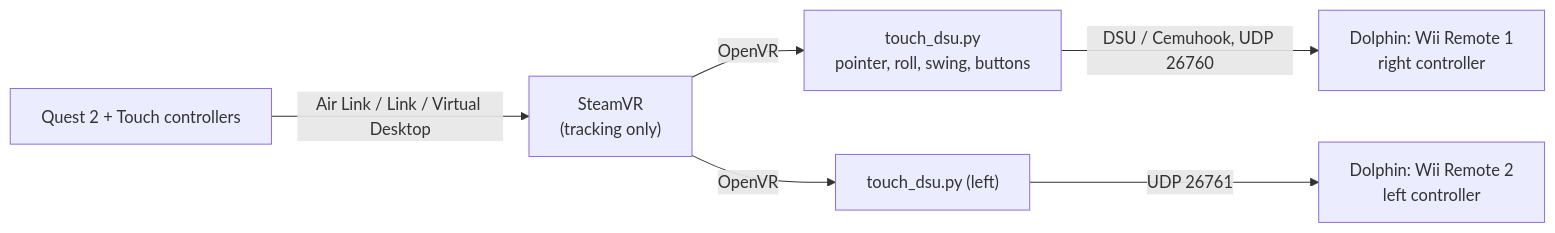
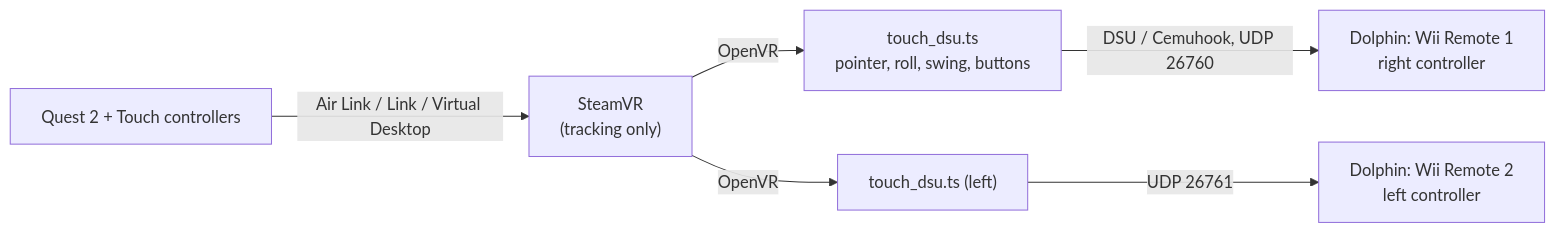
One commit to avi12/quest-touch-to-wii-emulation changed the diagram in README.md. Above: the diagram before and after it, drawn with Mermaid. The commit also changed other lines of this file and 3 other files, not shown here.

````diff
--- a/README.md
+++ b/README.md
@@ -5,8 +5,8 @@
 ```mermaid
 flowchart LR
     Q["Quest 2 + Touch controllers"] -- "Air Link / Link / Virtual Desktop" --> S["SteamVR<br/>(tracking only)"]
-    S -- OpenVR --> B["touch_dsu.py<br/>pointer, roll, swing, buttons"]
+    S -- OpenVR --> B["touch_dsu.ts<br/>pointer, roll, swing, buttons"]
     B -- "DSU / Cemuhook, UDP 26760" --> D1["Dolphin: Wii Remote 1<br/>right controller"]
-    B2["touch_dsu.py (left)"] -- "UDP 26761" --> D2["Dolphin: Wii Remote 2<br/>left controller"]
+    B2["touch_dsu.ts (left)"] -- "UDP 26761" --> D2["Dolphin: Wii Remote 2<br/>left controller"]
     S -- OpenVR --> B2
 ```
````
